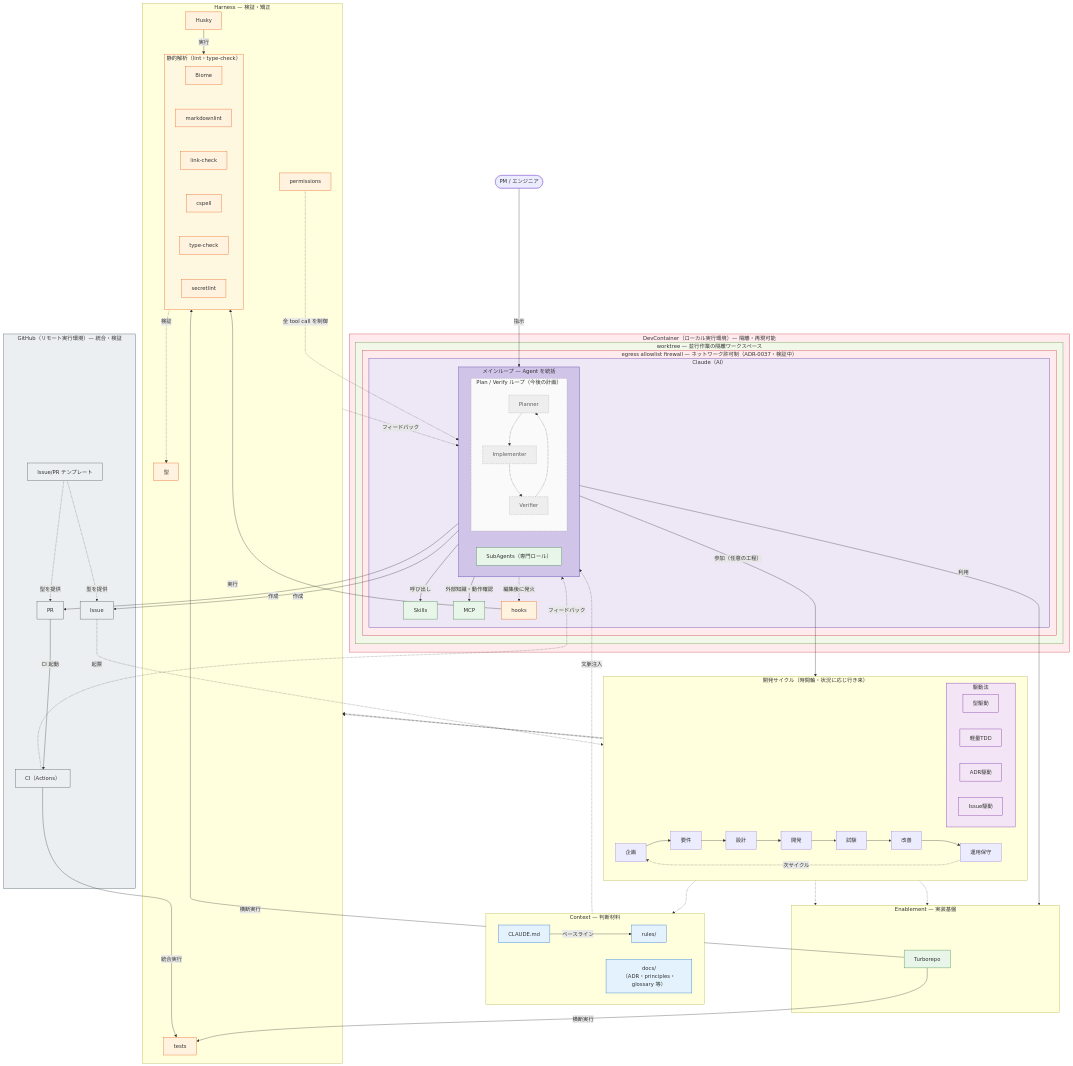
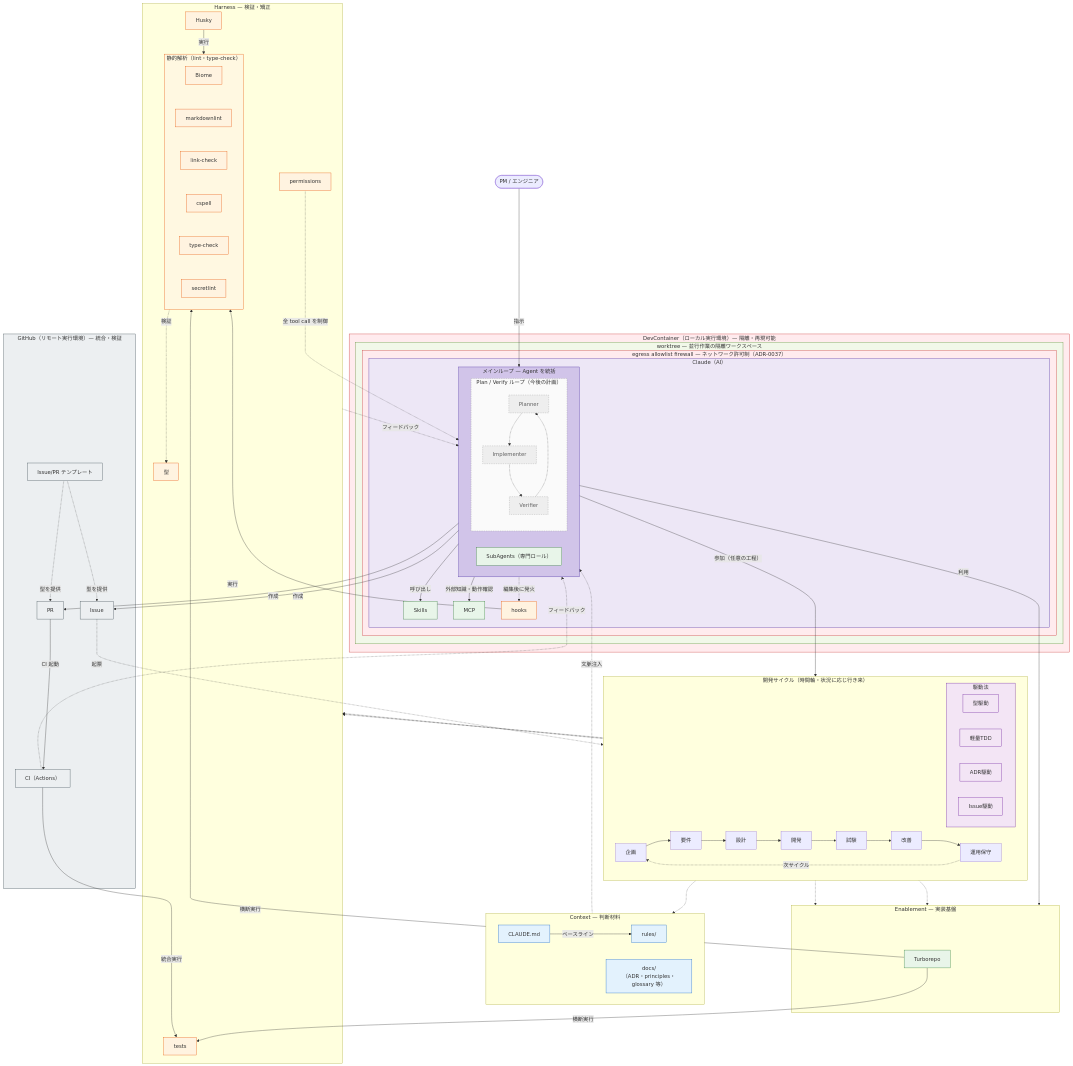
Before and after one commit to kuairen-227/agent-team-studio: the diagram in docs/guides/ai-driven-development.md, drawn with Mermaid. The commit also changed other lines of this file and 2 other files, not shown here.

Commit message:
docs(devcontainer): firewall の実機検証完了を反映 (#271)
ローカル DevContainer (WSL2) で動作確認済み (#287)。許可外拒否・許可先到達・
Docker subnet 許可・allowlist 69 件登録を確認し、ADR / インベントリ / 図 /
ガイドの「検証中」表記を「検証済み」へ更新。

```diff
--- a/docs/guides/ai-driven-development.md
+++ b/docs/guides/ai-driven-development.md
@@ -26,7 +26,7 @@
 flowchart TB
     subgraph dc["DevContainer（ローカル実行環境）— 隔離・再現可能"]
         subgraph wt["worktree — 並行作業の隔離ワークスペース"]
-            subgraph sb["egress allowlist firewall — ネットワーク許可制（ADR-0037・検証中）"]
+            subgraph sb["egress allowlist firewall — ネットワーク許可制（ADR-0037）"]
                 subgraph ai["Claude（AI）"]
                     subgraph ML["メインループ — Agent を統括"]
                         AGT["SubAgents（専門ロール）"]
```
